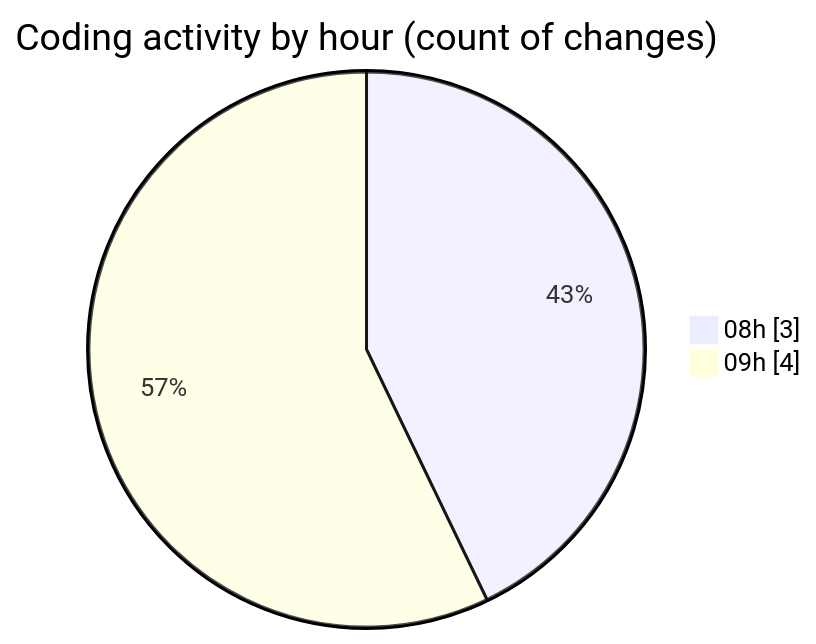
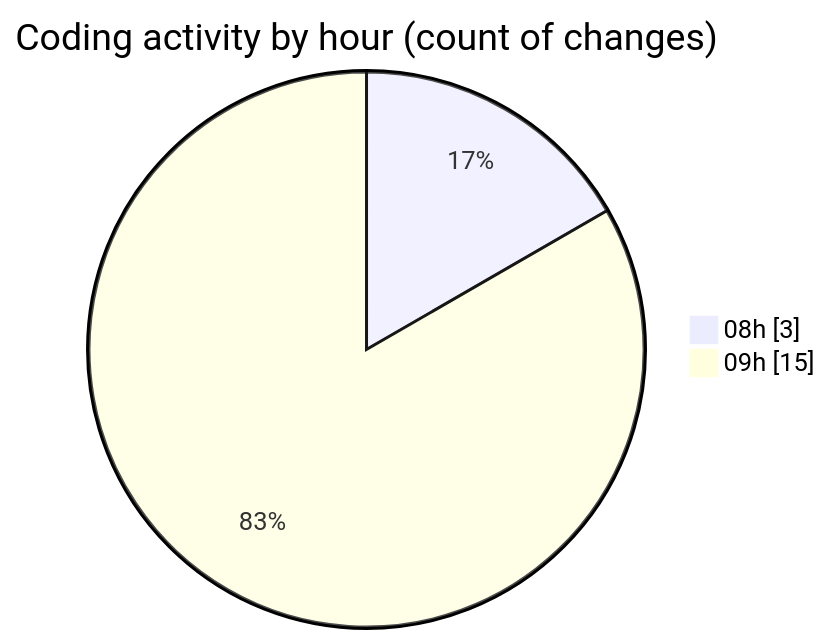
One commit to Elitesun/code-tracking changed the second of 2 diagrams in 2025-05-22/niten/README.md. Above: the diagram before and after it, drawn with Mermaid. The commit also changed other lines of this file and 1 other file, not shown here.

````diff
--- a/2025-05-22/niten/README.md
+++ b/2025-05-22/niten/README.md
@@ -35,6 +38,6 @@
 ```mermaid
 pie showData
 title Coding activity by hour (count of changes)
 "08h" : 3
-"09h" : 4
+"09h" : 15
 ```
````
